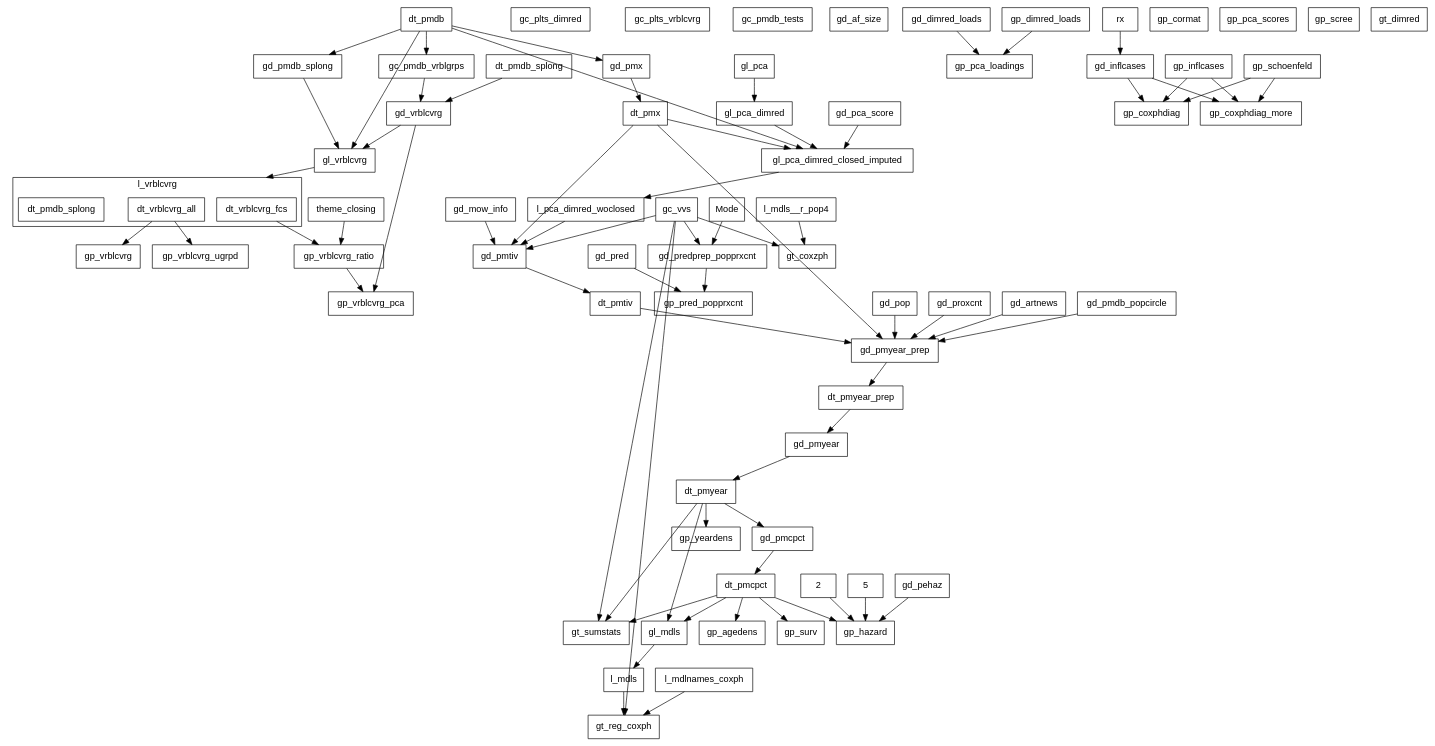
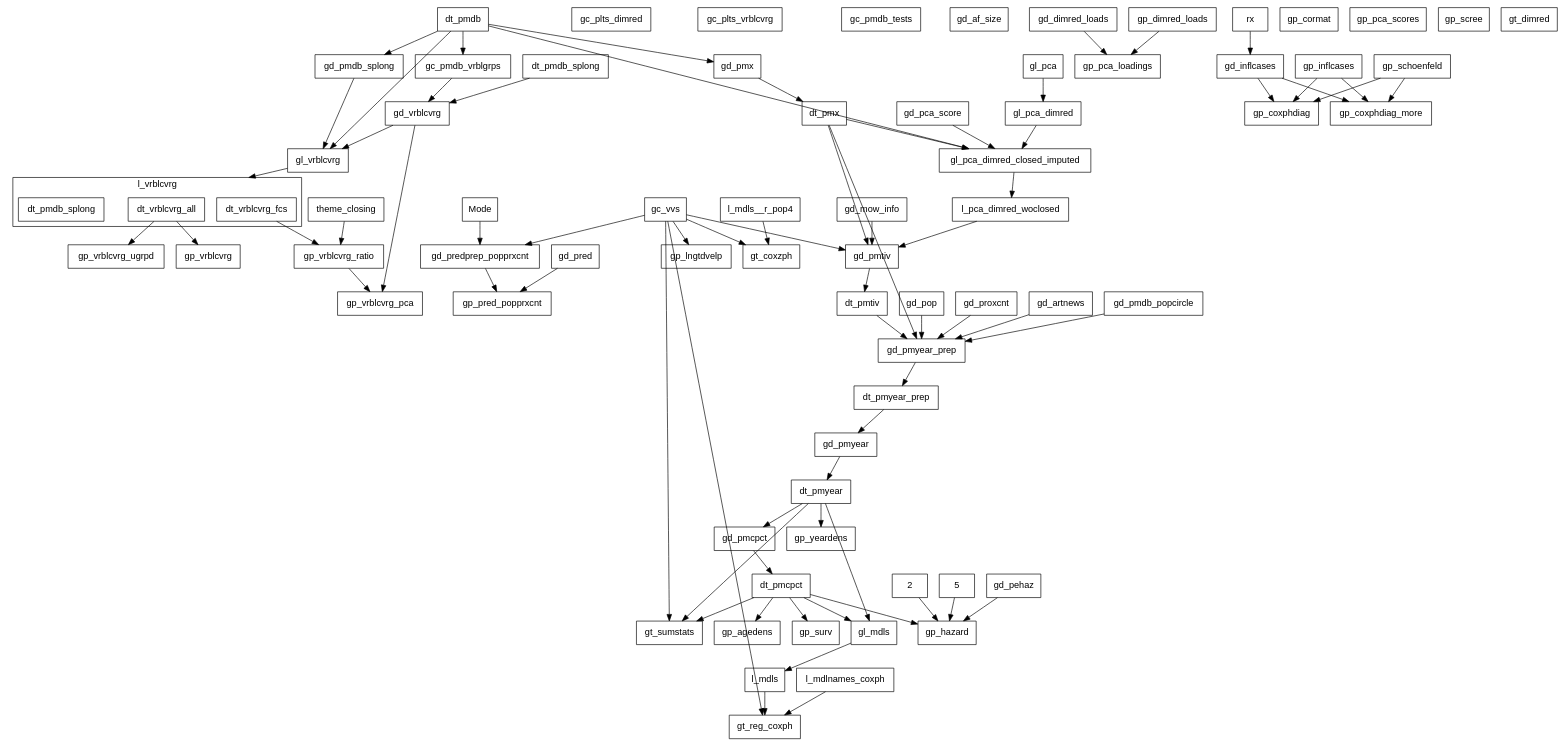
Before and after one commit to swhalemwo/pm_closing: the diagram in misc/callgraph2.dot, drawn with Graphviz. The commit also changed 4 other files, not shown here.

```diff
--- a/misc/callgraph2.dot
+++ b/misc/callgraph2.dot
@@ -1,149 +1,151 @@
 digraph D {
  compound = true;
  splines = false; fontname=helvetica;
  node [shape=box, fontsize = 14, fontname=helvetica];
  edge [style = solid];
  
  subgraph cluster_l_vrblcvrg {
  label = "l_vrblcvrg";
  l_vrblcvrg__dt_vrblcvrg_all [label=dt_vrblcvrg_all]; 
 l_vrblcvrg__dt_vrblcvrg_fcs [label=dt_vrblcvrg_fcs]; 
 l_vrblcvrg [label = "", color=transparent, width=0, height=0]; 
 l_vrblcvrg__dt_pmdb_splong [label=dt_pmdb_splong] 
 } 
  gc_plts_dimred; 
 gc_plts_vrblcvrg; 
 gc_pmdb_tests; 
 gc_pmdb_vrblgrps; 
 gc_vvs; 
 gd_af_size; 
 gd_artnews; 
 gd_dimred_loads; 
 gd_inflcases; 
 gd_mow_info; 
 gd_pca_score; 
 gd_pehaz; 
 gd_pmcpct; 
 gd_pmdb_popcircle; 
 gd_pmdb_splong; 
 gd_pmtiv; 
 gd_pmx; 
 gd_pmyear; 
 gd_pmyear_prep; 
 gd_pop; 
 gd_pred; 
 gd_predprep_popprxcnt; 
 gd_proxcnt; 
 gd_vrblcvrg; 
 gl_mdls; 
 gl_pca; 
 gl_pca_dimred; 
 gl_pca_dimred_closed_imputed; 
 gl_vrblcvrg; 
 gp_agedens; 
 gp_cormat; 
 gp_coxphdiag; 
 gp_coxphdiag_more; 
 gp_dimred_loads; 
 gp_hazard; 
 gp_inflcases; 
+gp_lngtdvelp; 
 gp_pca_loadings; 
 gp_pca_scores; 
 gp_pred_popprxcnt; 
 gp_schoenfeld; 
 gp_scree; 
 gp_surv; 
 gp_vrblcvrg; 
 gp_vrblcvrg_pca; 
 gp_vrblcvrg_ratio; 
 gp_vrblcvrg_ugrpd; 
 gp_yeardens; 
 gt_coxzph; 
 gt_dimred; 
 gt_reg_coxph; 
 gt_sumstats; 
 Mode; 
 theme_closing; 
 dt_pmdb; 
 dt_pmdb_splong; 
 dt_pmx; 
 l_pca_dimred_woclosed; 
 dt_pmtiv; 
 dt_pmyear_prep; 
 dt_pmyear; 
 dt_pmcpct; 
 2; 
 5; 
 rx; 
 l_mdls__r_pop4; 
 l_mdls; 
 l_mdlnames_coxph 
  2 -> gp_hazard; 
 5 -> gp_hazard; 
 Mode -> gd_predprep_popprxcnt; 
 dt_pmcpct -> gl_mdls; 
 dt_pmcpct -> gp_agedens; 
 dt_pmcpct -> gp_hazard; 
 dt_pmcpct -> gp_surv; 
 dt_pmcpct -> gt_sumstats; 
 dt_pmdb -> gc_pmdb_vrblgrps; 
 dt_pmdb -> gd_pmdb_splong; 
 dt_pmdb -> gd_pmx; 
 dt_pmdb -> gl_pca_dimred_closed_imputed; 
 dt_pmdb -> gl_vrblcvrg; 
 dt_pmdb_splong -> gd_vrblcvrg; 
 dt_pmtiv -> gd_pmyear_prep; 
 dt_pmx -> gd_pmtiv; 
 dt_pmx -> gd_pmyear_prep; 
 dt_pmx -> gl_pca_dimred_closed_imputed; 
 dt_pmyear -> gd_pmcpct; 
 dt_pmyear -> gl_mdls; 
 dt_pmyear -> gp_yeardens; 
 dt_pmyear -> gt_sumstats; 
 dt_pmyear_prep -> gd_pmyear; 
 gc_pmdb_vrblgrps -> gd_vrblcvrg; 
 gc_vvs -> gd_pmtiv; 
 gc_vvs -> gd_predprep_popprxcnt; 
+gc_vvs -> gp_lngtdvelp; 
 gc_vvs -> gt_coxzph; 
 gc_vvs -> gt_reg_coxph; 
 gc_vvs -> gt_sumstats; 
 gd_artnews -> gd_pmyear_prep; 
 gd_dimred_loads -> gp_pca_loadings; 
 gd_inflcases -> gp_coxphdiag; 
 gd_inflcases -> gp_coxphdiag_more; 
 gd_mow_info -> gd_pmtiv; 
 gd_pca_score -> gl_pca_dimred_closed_imputed; 
 gd_pehaz -> gp_hazard; 
 gd_pmcpct -> dt_pmcpct; 
 gd_pmdb_popcircle -> gd_pmyear_prep; 
 gd_pmdb_splong -> gl_vrblcvrg; 
 gd_pmtiv -> dt_pmtiv; 
 gd_pmx -> dt_pmx; 
 gd_pmyear -> dt_pmyear; 
 gd_pmyear_prep -> dt_pmyear_prep; 
 gd_pop -> gd_pmyear_prep; 
 gd_pred -> gp_pred_popprxcnt; 
 gd_predprep_popprxcnt -> gp_pred_popprxcnt; 
 gd_proxcnt -> gd_pmyear_prep; 
 gd_vrblcvrg -> gl_vrblcvrg; 
 gd_vrblcvrg -> gp_vrblcvrg_pca; 
 gl_mdls -> l_mdls; 
 gl_pca -> gl_pca_dimred; 
 gl_pca_dimred -> gl_pca_dimred_closed_imputed; 
 gl_pca_dimred_closed_imputed -> l_pca_dimred_woclosed; 
 gl_vrblcvrg -> l_vrblcvrg[lhead=cluster_l_vrblcvrg,ltail=gl_vrblcvrg]; 
 gp_dimred_loads -> gp_pca_loadings; 
 gp_inflcases -> gp_coxphdiag; 
 gp_inflcases -> gp_coxphdiag_more; 
 gp_schoenfeld -> gp_coxphdiag; 
 gp_schoenfeld -> gp_coxphdiag_more; 
 gp_vrblcvrg_ratio -> gp_vrblcvrg_pca; 
 l_mdlnames_coxph -> gt_reg_coxph; 
 l_mdls -> gt_reg_coxph; 
 l_mdls__r_pop4 -> gt_coxzph; 
 l_pca_dimred_woclosed -> gd_pmtiv; 
 l_vrblcvrg__dt_vrblcvrg_all -> gp_vrblcvrg; 
 l_vrblcvrg__dt_vrblcvrg_all -> gp_vrblcvrg_ugrpd; 
 l_vrblcvrg__dt_vrblcvrg_fcs -> gp_vrblcvrg_ratio; 
 rx -> gd_inflcases; 
 theme_closing -> gp_vrblcvrg_ratio }
```
